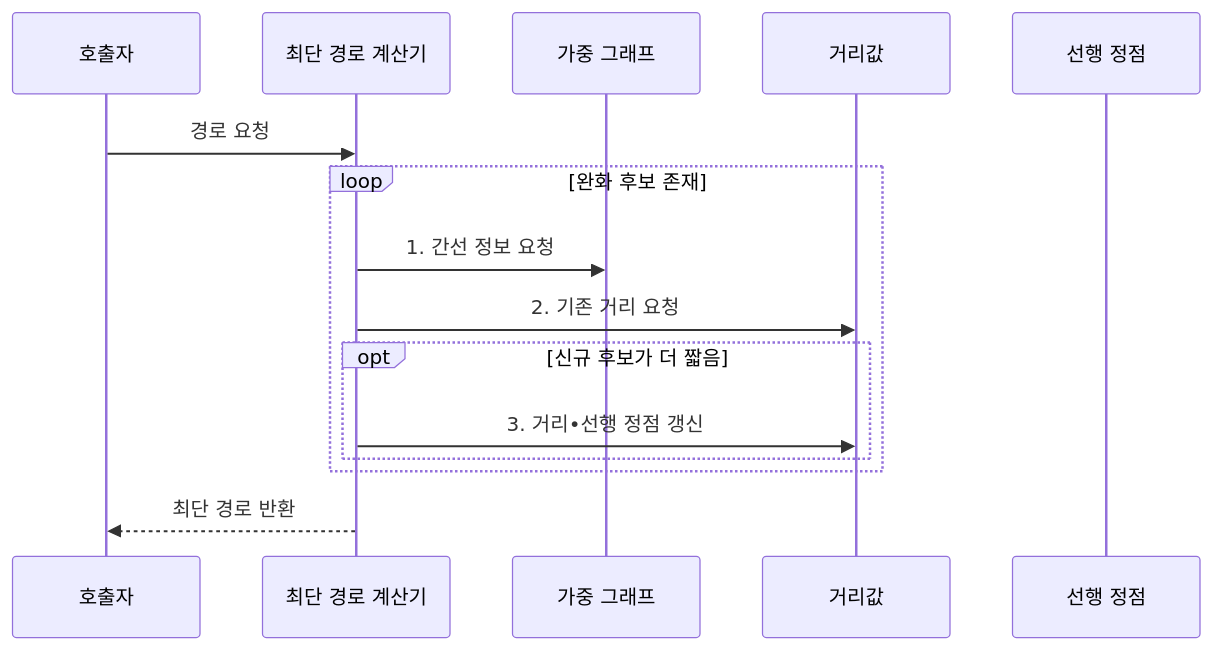
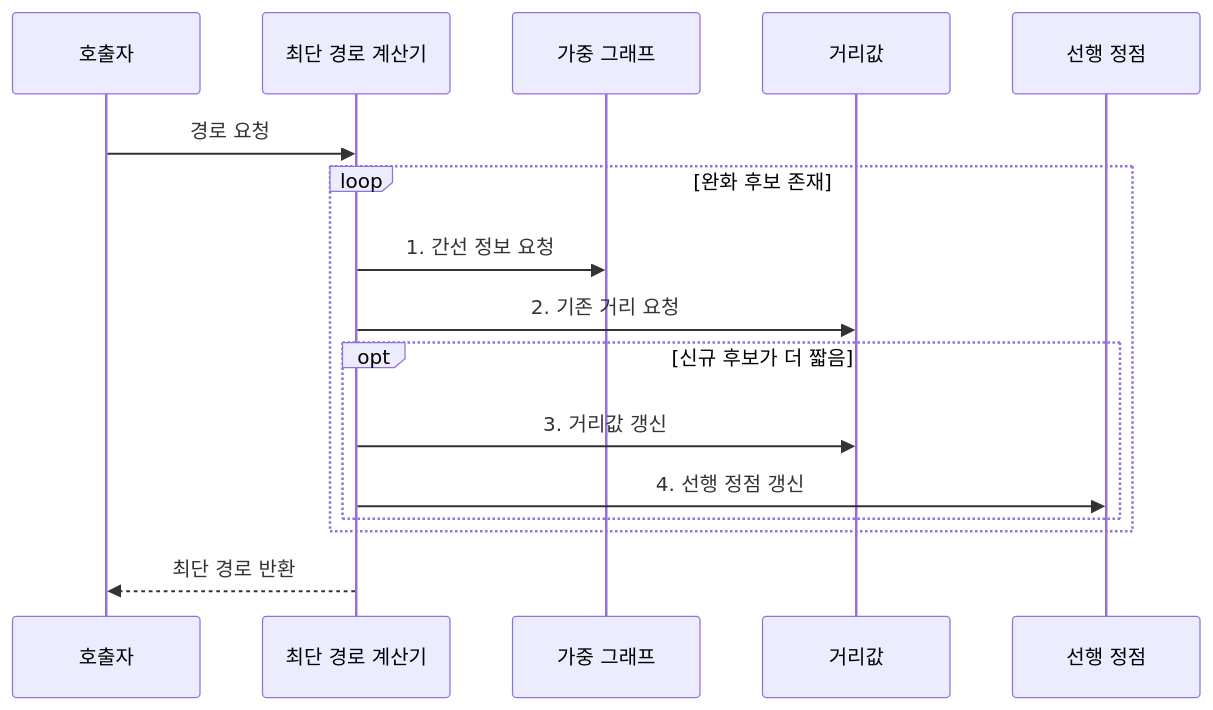
One commit to agnusdei1207/knowledge-base changed the second of 2 diagrams in src/content/docs/notes/01-basic-theory/011_shortest_path.md. Above: the diagram before and after it, drawn with Mermaid. The commit also changed other lines of this file and 3 other files, not shown here.

````diff
--- a/src/content/docs/notes/01-basic-theory/011_shortest_path.md
+++ b/src/content/docs/notes/01-basic-theory/011_shortest_path.md
@@ -88,17 +88,18 @@
 ```mermaid
 sequenceDiagram
     participant Q as 호출자
     participant S as 최단 경로 계산기
     participant G as 가중 그래프
     participant D as 거리값
     participant R as 선행 정점
     Q->>S: 경로 요청
     loop 완화 후보 존재
         S->>G: 1. 간선 정보 요청
         S->>D: 2. 기존 거리 요청
         opt 신규 후보가 더 짧음
-            S->>D: 3. 거리•선행 정점 갱신
+            S->>D: 3. 거리값 갱신
+            S->>R: 4. 선행 정점 갱신
         end
     end
     S-->>Q: 최단 경로 반환
 ```
````
